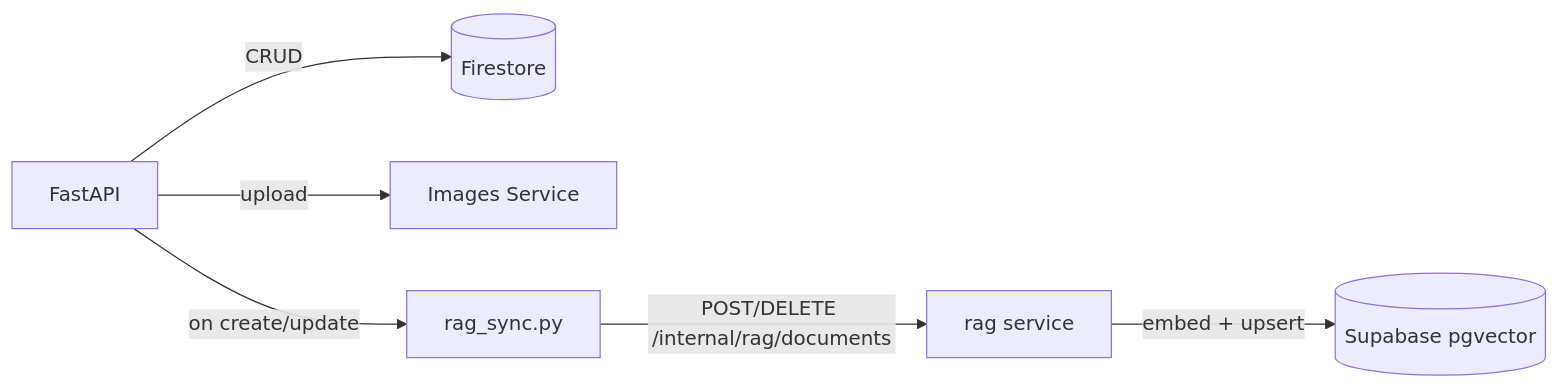
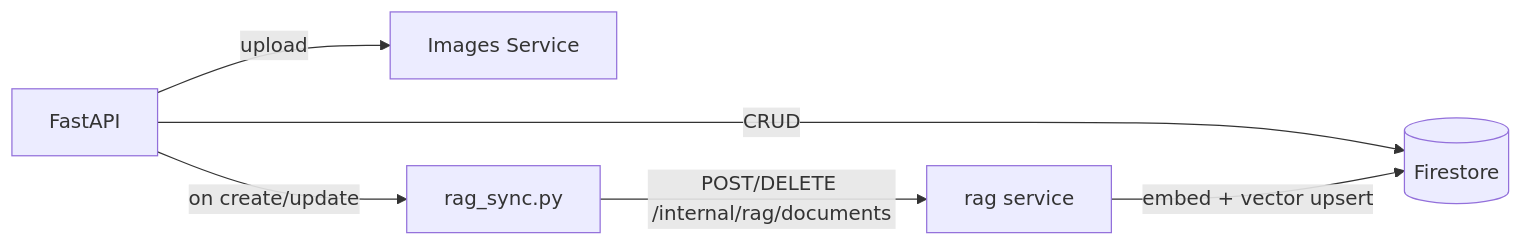
One commit to ChristianMendozaa/UCB-e-commerce changed the diagram in services/products/README.md. Above: the diagram before and after it, drawn with Mermaid. The commit also changed other lines of this file and 27 other files, not shown here.

Commit message:
Migrate RAG vector storage to Firestore

````diff
--- a/services/products/README.md
+++ b/services/products/README.md
@@ -10,8 +10,8 @@
 ```mermaid
 graph LR
     API[FastAPI] -->|CRUD| Firestore[(Firestore)]
     API -->|upload| Images[Images Service]
     API -->|on create/update| RAGSync[rag_sync.py]
     RAGSync -->|"POST/DELETE /internal/rag/documents"| RagService[rag service]
-    RagService -->|embed + upsert| Supabase[(Supabase pgvector)]
+    RagService -->|embed + vector upsert| Firestore[(Firestore)]
 ```
````
